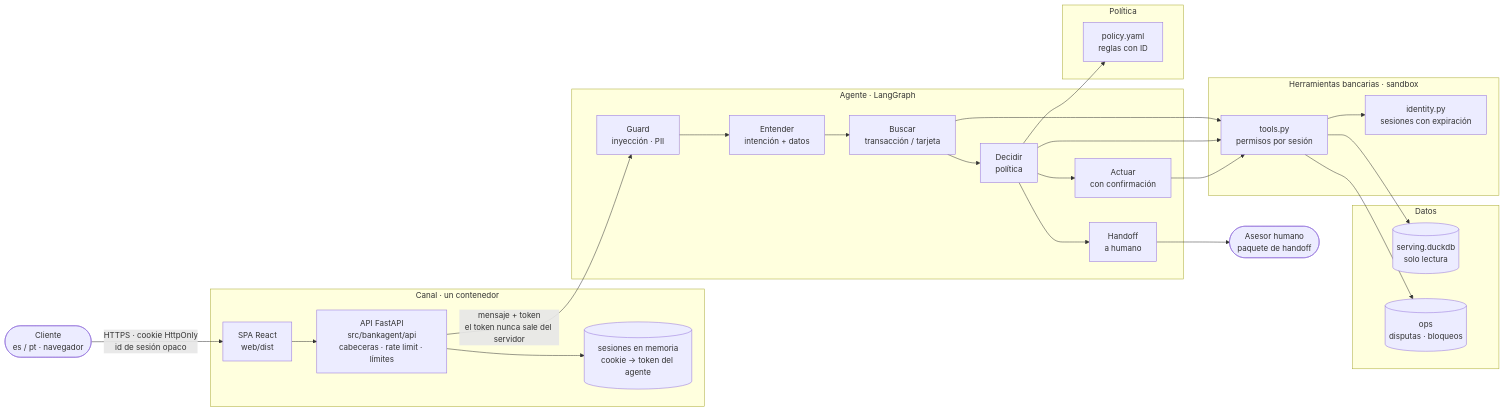
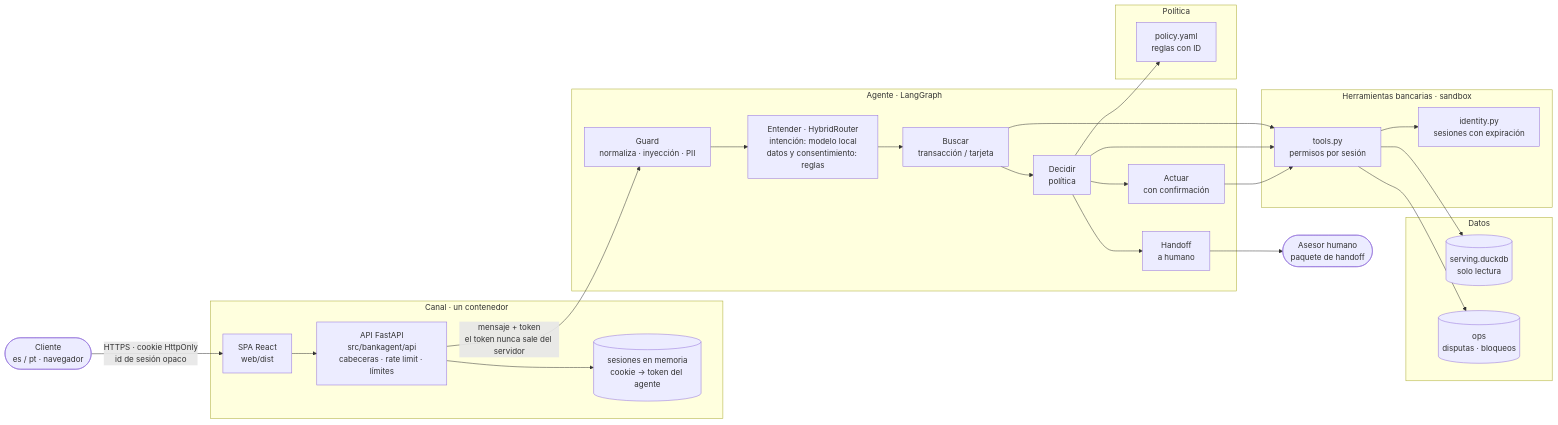
The first of 7 diagrams in docs/architecture.md (Mr-Percival/factored-hackathon-2026-disputas), drawn with Mermaid before and after one commit. The commit also changed other lines of this file and 27 other files, not shown here.

````diff
--- a/docs/architecture.md
+++ b/docs/architecture.md
@@ -9,40 +14,40 @@
 ```mermaid
 flowchart LR
     U([Cliente<br/>es / pt · navegador]) -->|HTTPS · cookie HttpOnly<br/>id de sesión opaco| W
 
     subgraph WEB[Canal · un contenedor]
         W[SPA React<br/>web/dist] --> API[API FastAPI<br/>src/bankagent/api<br/>cabeceras · rate limit · límites]
         API --> SS[(sesiones en memoria<br/>cookie → token del agente)]
     end
 
     API -->|mensaje + token<br/>el token nunca sale del servidor| G
 
     subgraph A[Agente · LangGraph]
-        G[Guard<br/>inyección · PII] --> R[Entender<br/>intención + datos]
+        G[Guard<br/>normaliza · inyección · PII] --> R[Entender · HybridRouter<br/>intención: modelo local<br/>datos y consentimiento: reglas]
         R --> F[Buscar<br/>transacción / tarjeta]
         F --> D[Decidir<br/>política]
         D --> X[Actuar<br/>con confirmación]
         D --> H[Handoff<br/>a humano]
     end
 
     subgraph T[Herramientas bancarias · sandbox]
         TL[tools.py<br/>permisos por sesión]
         ID[identity.py<br/>sesiones con expiración]
     end
 
     subgraph P[Política]
         PY[policy.yaml<br/>reglas con ID]
     end
 
     subgraph DATA[Datos]
         S[(serving.duckdb<br/>solo lectura)]
         O[(ops<br/>disputas · bloqueos)]
     end
 
     F & D & X --> TL
     TL --> ID
     TL --> S
     TL --> O
     D --> PY
     H --> AG([Asesor humano<br/>paquete de handoff])
 ```
````
